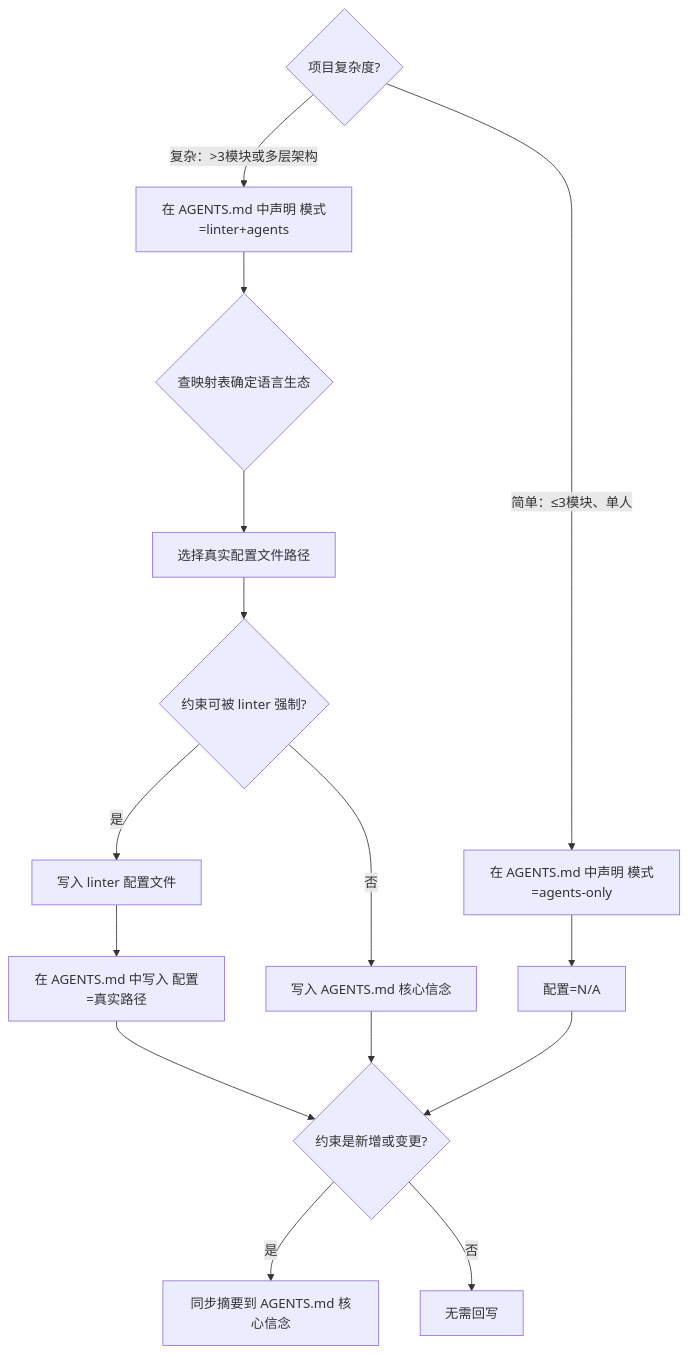
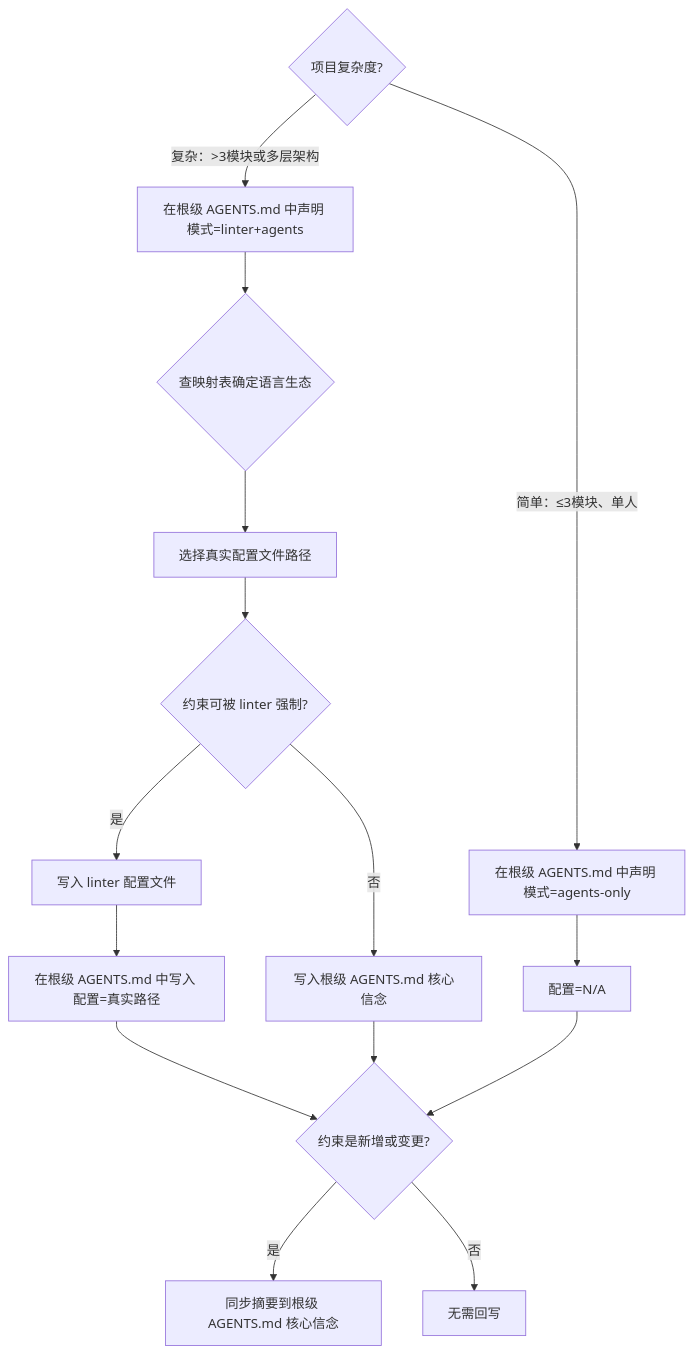
Before and after one commit to jiabai/awesome-skills: the diagram in vibe-coding-launcher/references/architecture-constraints.md, drawn with Mermaid. The commit also changed other lines of this file and 3 other files, not shown here.

````diff
--- a/vibe-coding-launcher/references/architecture-constraints.md
+++ b/vibe-coding-launcher/references/architecture-constraints.md
@@ -34,17 +34,17 @@
 ```mermaid
 flowchart TD
-    A{项目复杂度?} -->|简单：≤3模块、单人| B[在 AGENTS.md 中声明 模式=agents-only]
-    A -->|复杂：>3模块或多层架构| C[在 AGENTS.md 中声明 模式=linter+agents]
+    A{项目复杂度?} -->|简单：≤3模块、单人| B[在根级 AGENTS.md 中声明 模式=agents-only]
+    A -->|复杂：>3模块或多层架构| C[在根级 AGENTS.md 中声明 模式=linter+agents]
     B --> D[配置=N/A]
     C --> E{查映射表确定语言生态}
     E --> F[选择真实配置文件路径]
     F --> G{约束可被 linter 强制?}
     G -->|是| H[写入 linter 配置文件]
-    G -->|否| I[写入 AGENTS.md 核心信念]
-    H --> J[在 AGENTS.md 中写入 配置=真实路径]
+    G -->|否| I[写入根级 AGENTS.md 核心信念]
+    H --> J[在根级 AGENTS.md 中写入 配置=真实路径]
     J --> K{约束是新增或变更?}
     I --> K
     D --> K
-    K -->|是| L[同步摘要到 AGENTS.md 核心信念]
+    K -->|是| L[同步摘要到根级 AGENTS.md 核心信念]
     K -->|否| M[无需回写]
 ```
````
